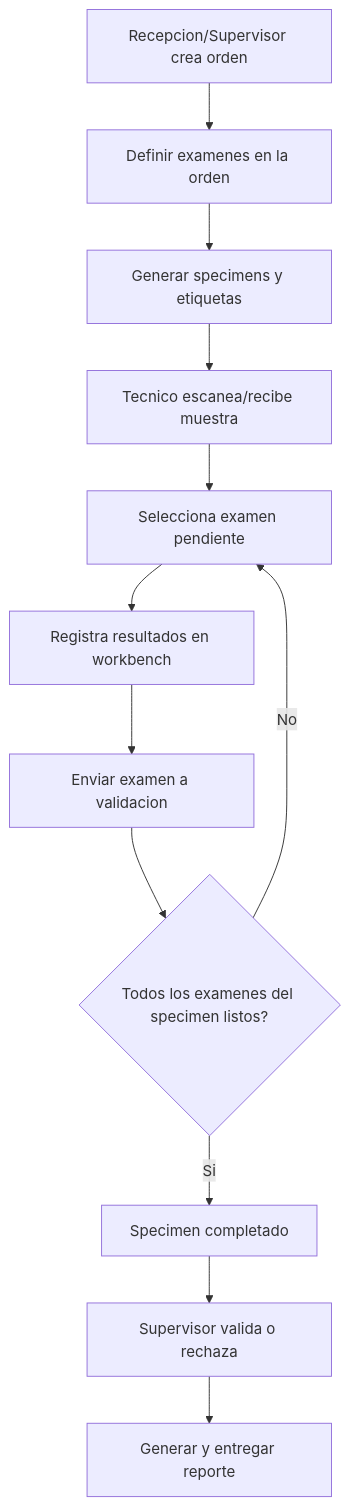
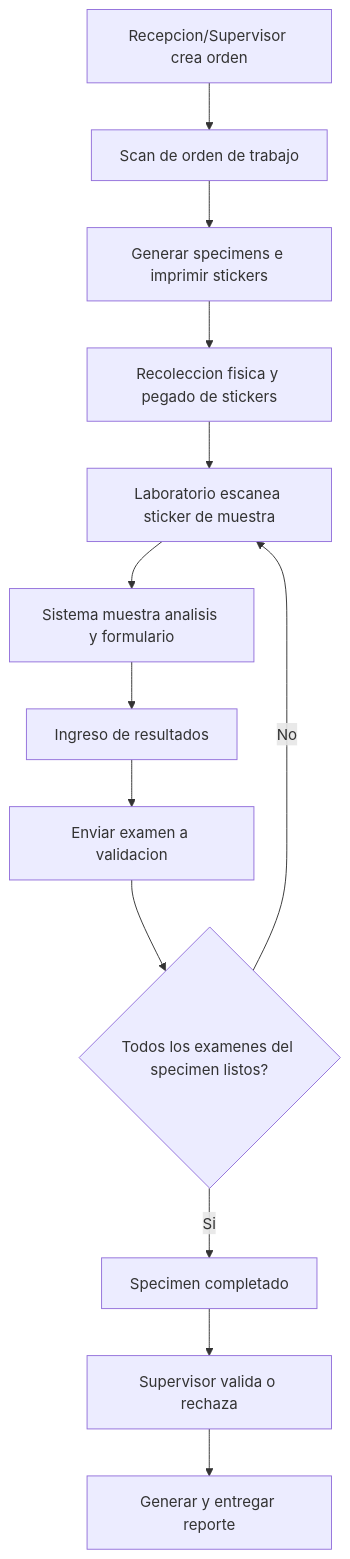
The diagram in docs/flujo-end-to-end-labcore.md (FNDRS/labcore-system), drawn with Mermaid before and after one commit. The commit also changed other lines of this file and 16 other files, not shown here.

````diff
--- a/docs/flujo-end-to-end-labcore.md
+++ b/docs/flujo-end-to-end-labcore.md
@@ -13,14 +13,15 @@
 ```mermaid
 flowchart TD
-    A1[Recepcion/Supervisor crea orden] --> A2[Definir examenes en la orden]
-    A2 --> A3[Generar specimens y etiquetas]
-    A3 --> B1[Tecnico escanea/recibe muestra]
-    B1 --> B2[Selecciona examen pendiente]
-    B2 --> B3[Registra resultados en workbench]
+    A1[Recepcion/Supervisor crea orden] --> A2[Scan de orden de trabajo]
+    A2 --> A3[Generar specimens e imprimir stickers]
+    A3 --> A4[Recoleccion fisica y pegado de stickers]
+    A4 --> B1[Laboratorio escanea sticker de muestra]
+    B1 --> B2[Sistema muestra analisis y formulario]
+    B2 --> B3[Ingreso de resultados]
     B3 --> B4[Enviar examen a validacion]
     B4 --> D1{Todos los examenes del specimen listos?}
-    D1 -- No --> B2
+    D1 -- No --> B1
     D1 -- Si --> B5[Specimen completado]
     B5 --> C1[Supervisor valida o rechaza]
     C1 --> C2[Generar y entregar reporte]
 ```
````
